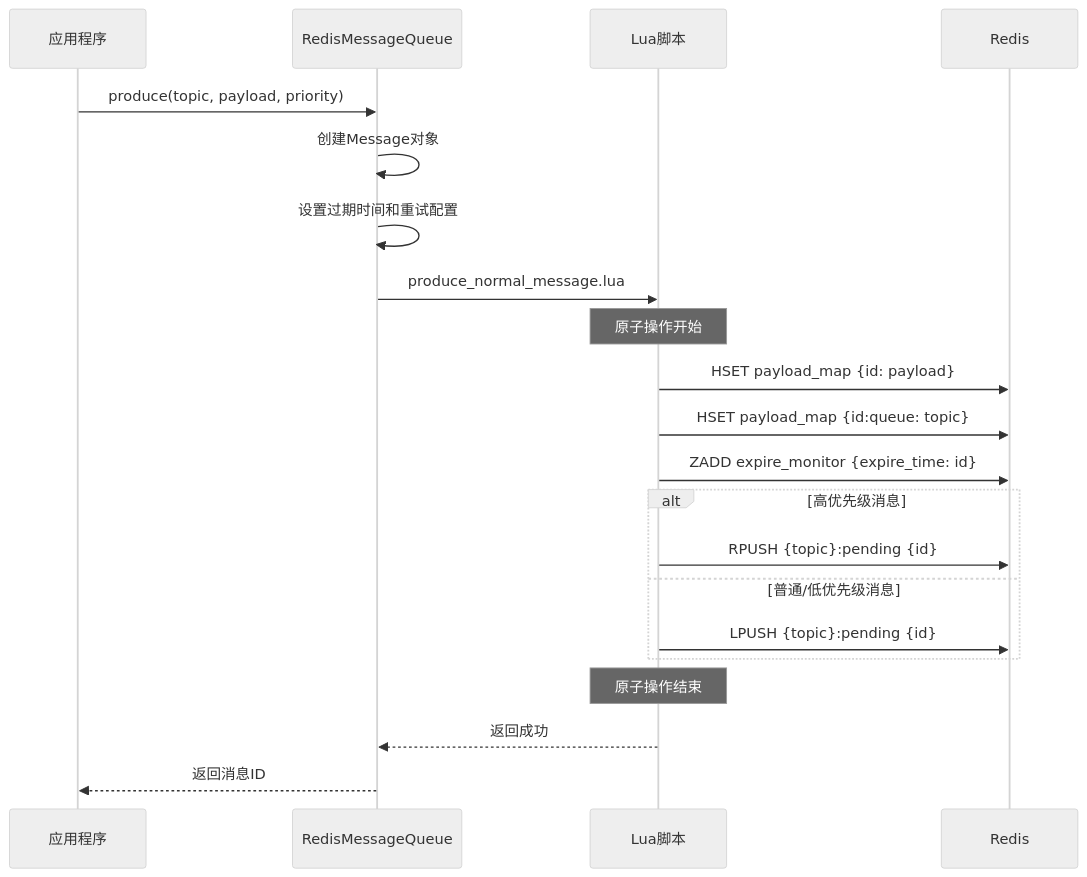
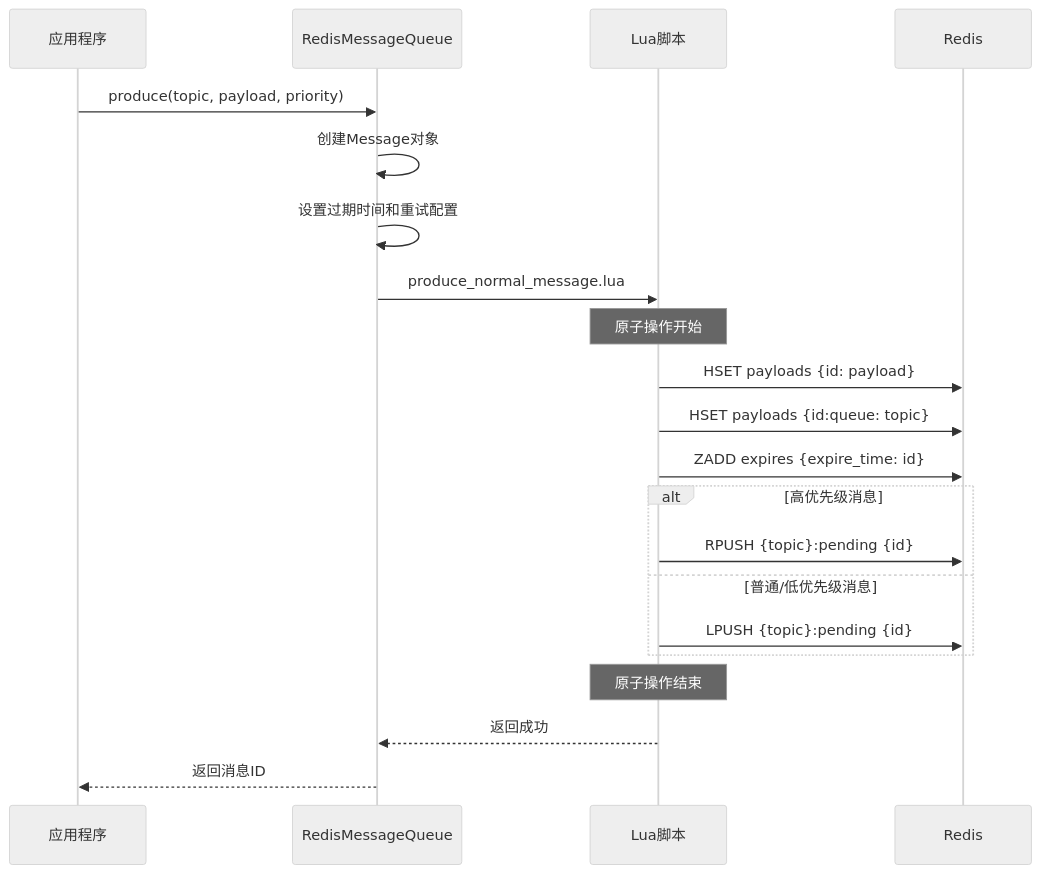
One commit to CodingOX/mx-rmq changed the third of 19 diagrams in docs/设计文档.md. Above: the diagram before and after it, drawn with Mermaid (neutral theme). The commit also changed other lines of this file and 64 other files, not shown here.

````diff
--- a/docs/设计文档.md
+++ b/docs/设计文档.md
@@ -337,24 +301,24 @@
 ```mermaid
 sequenceDiagram
     participant App as 应用程序
     participant MQ as RedisMessageQueue
     participant Lua as Lua脚本
     participant Redis as Redis
     
     App->>MQ: produce(topic, payload, priority)
     MQ->>MQ: 创建Message对象
     MQ->>MQ: 设置过期时间和重试配置
     MQ->>Lua: produce_normal_message.lua
     Note over Lua: 原子操作开始
-    Lua->>Redis: HSET payload_map {id: payload}
-    Lua->>Redis: HSET payload_map {id:queue: topic}
-    Lua->>Redis: ZADD expire_monitor {expire_time: id}
+    Lua->>Redis: HSET payloads {id: payload}
+    Lua->>Redis: HSET payloads {id:queue: topic}
+    Lua->>Redis: ZADD expires {expire_time: id}
     alt 高优先级消息
         Lua->>Redis: RPUSH {topic}:pending {id}
     else 普通/低优先级消息
         Lua->>Redis: LPUSH {topic}:pending {id}
     end
     Note over Lua: 原子操作结束
     Lua-->>MQ: 返回成功
     MQ-->>App: 返回消息ID
 ```
````
